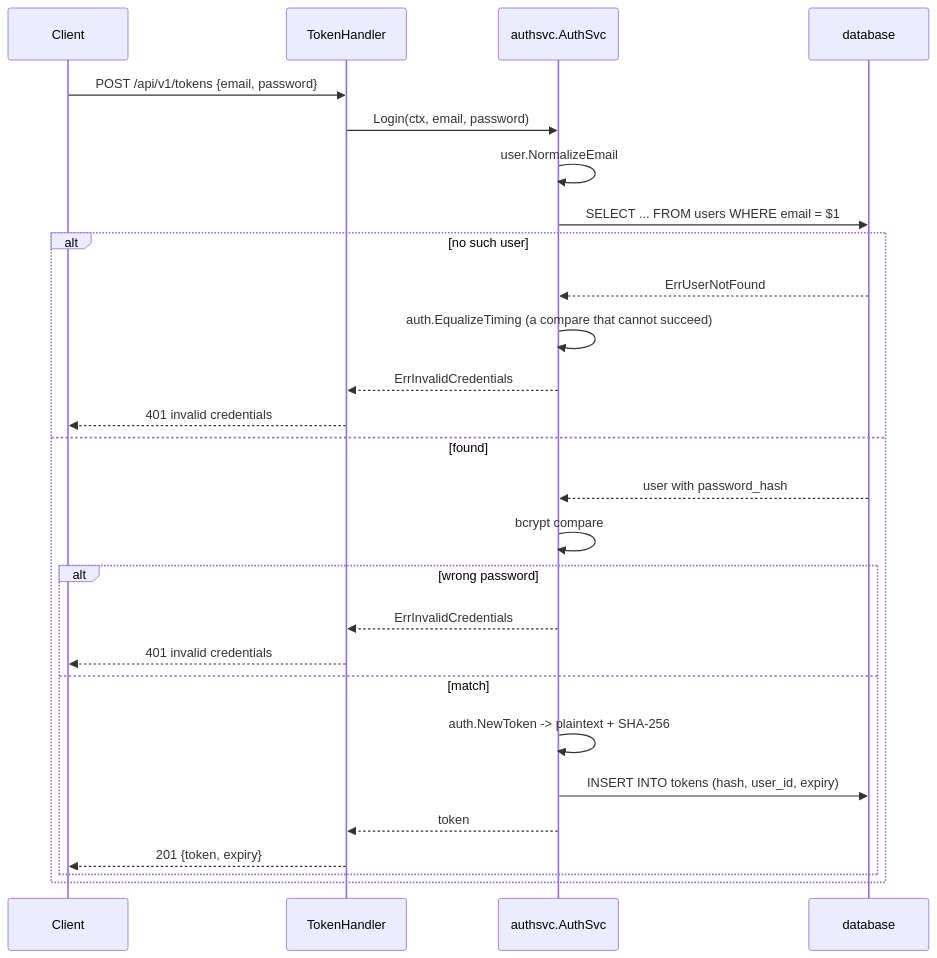
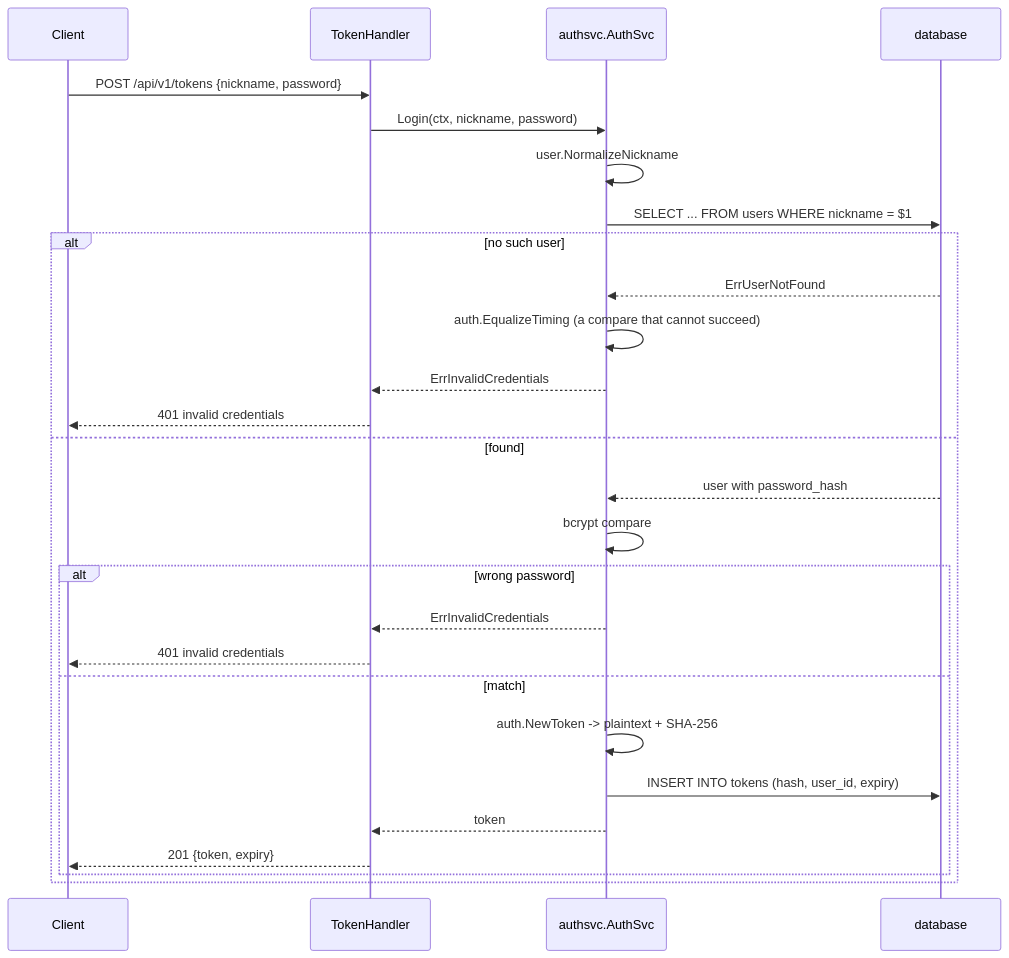
The second of 3 diagrams in docs/auth.md (salandered/wavelen), drawn with Mermaid before and after one commit. The commit also changed other lines of this file and 28 other files, not shown here.

Commit message:
Change storing user email to a nickname; add silly logo

````diff
--- a/docs/auth.md
+++ b/docs/auth.md
@@ -41,30 +41,30 @@
 ```mermaid
 sequenceDiagram
     participant C as Client
     participant H as TokenHandler
     participant S as authsvc.AuthSvc
     participant DB as database
 
-    C->>H: POST /api/v1/tokens {email, password}
-    H->>S: Login(ctx, email, password)
-    S->>S: user.NormalizeEmail
-    S->>DB: SELECT ... FROM users WHERE email = $1
+    C->>H: POST /api/v1/tokens {nickname, password}
+    H->>S: Login(ctx, nickname, password)
+    S->>S: user.NormalizeNickname
+    S->>DB: SELECT ... FROM users WHERE nickname = $1
     alt no such user
         DB-->>S: ErrUserNotFound
         S->>S: auth.EqualizeTiming (a compare that cannot succeed)
         S-->>H: ErrInvalidCredentials
         H-->>C: 401 invalid credentials
     else found
         DB-->>S: user with password_hash
         S->>S: bcrypt compare
         alt wrong password
             S-->>H: ErrInvalidCredentials
             H-->>C: 401 invalid credentials
         else match
             S->>S: auth.NewToken -> plaintext + SHA-256
             S->>DB: INSERT INTO tokens (hash, user_id, expiry)
             S-->>H: token
             H-->>C: 201 {token, expiry}
         end
     end
 ```
````
